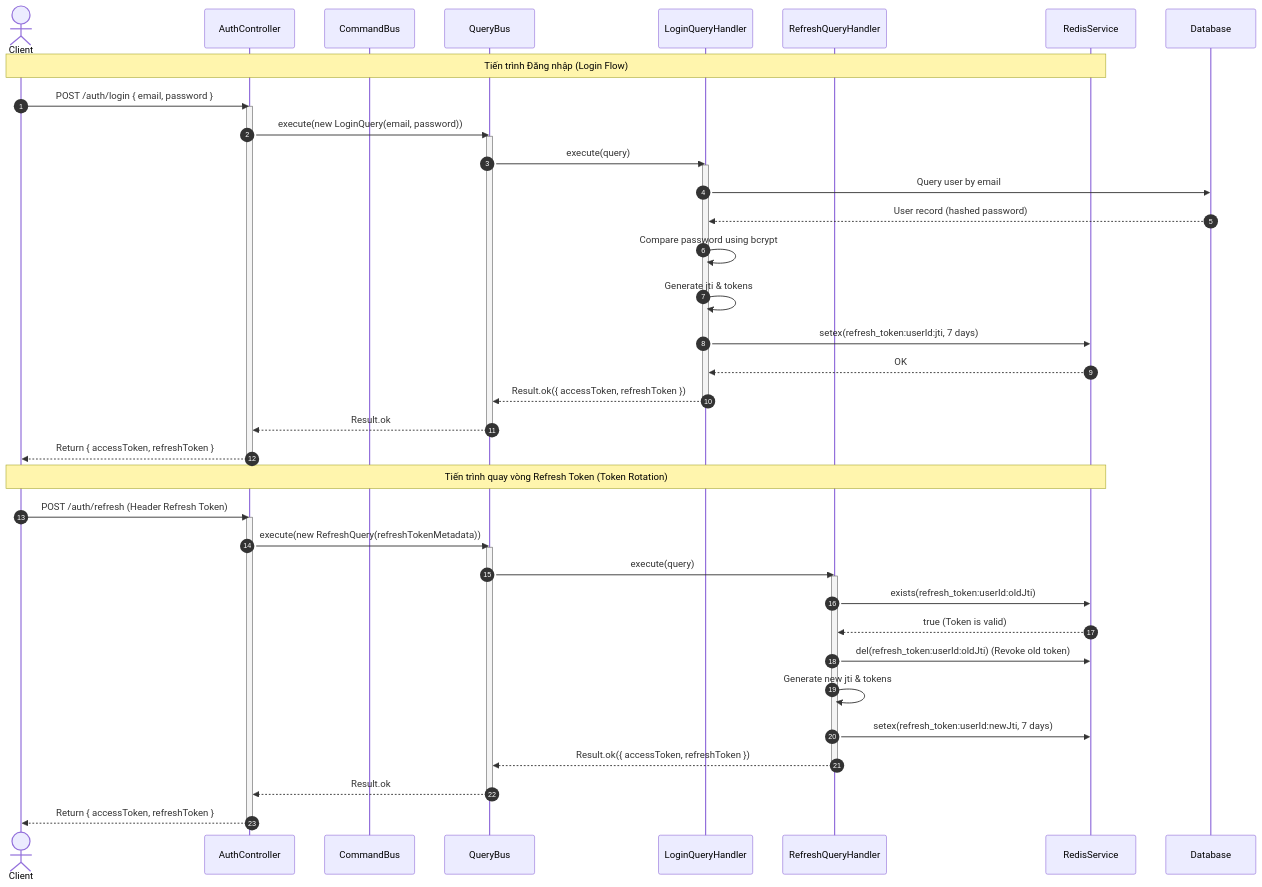
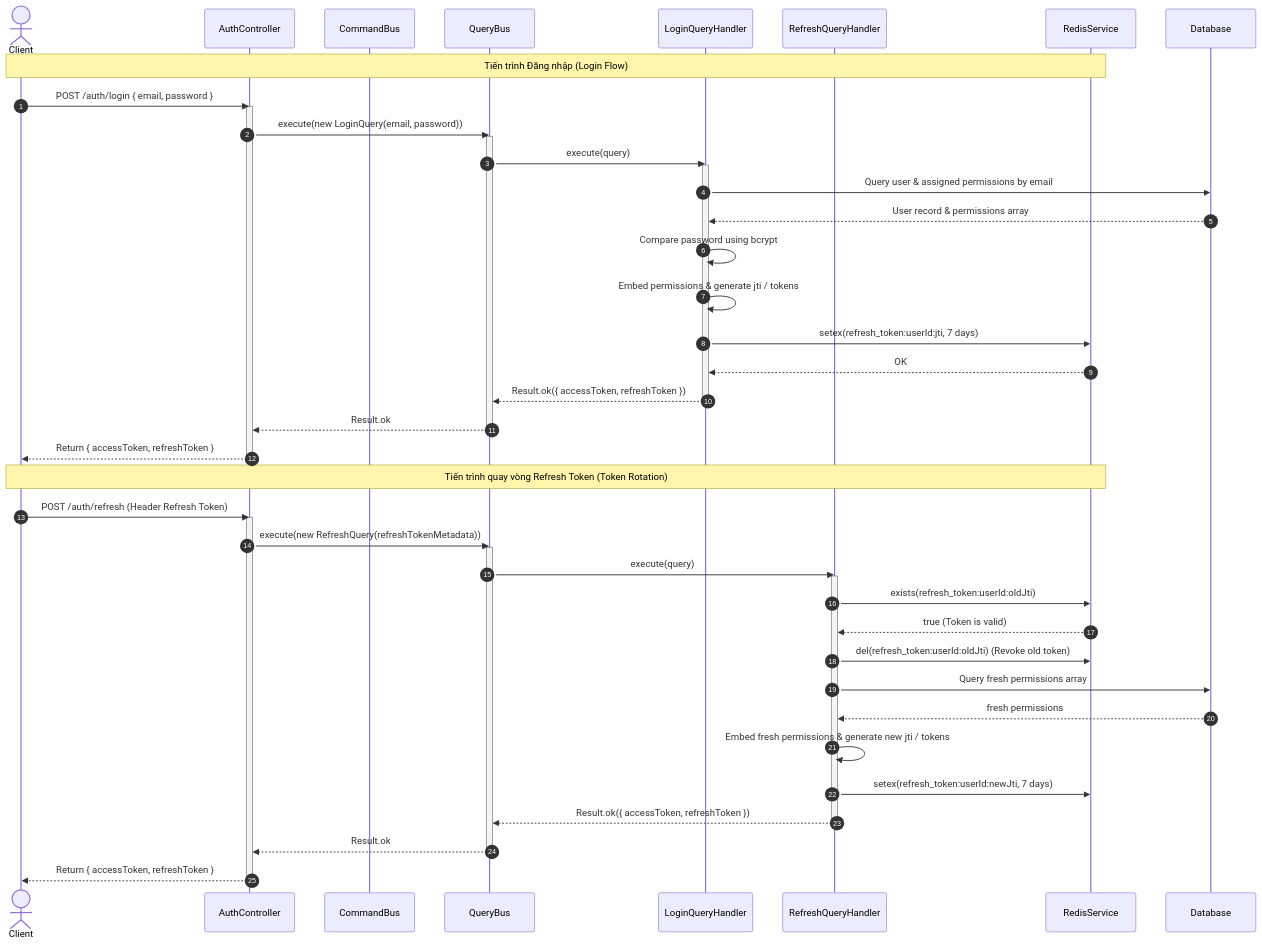
The diagram in apps/server/src/contexts/iam/auth/README.md (8eyond-Infinite/turborepo-advanced-starter), drawn with Mermaid before and after one commit. The commit also changed other lines of this file and 14 other files, not shown here.

````diff
--- a/apps/server/src/contexts/iam/auth/README.md
+++ b/apps/server/src/contexts/iam/auth/README.md
@@ -82,51 +74,53 @@
 ```mermaid
 sequenceDiagram
     autonumber
     actor Client
     participant AuthController
     participant CommandBus
     participant QueryBus
     participant LoginQueryHandler
     participant RefreshQueryHandler
     participant RedisService
     participant Database
 
     Note over Client, RedisService: Tiến trình Đăng nhập (Login Flow)
     Client->>AuthController: POST /auth/login { email, password }
     activate AuthController
     AuthController->>QueryBus: execute(new LoginQuery(email, password))
     activate QueryBus
     QueryBus->>LoginQueryHandler: execute(query)
     activate LoginQueryHandler
-    LoginQueryHandler->>Database: Query user by email
-    Database-->>LoginQueryHandler: User record (hashed password)
+    LoginQueryHandler->>Database: Query user & assigned permissions by email
+    Database-->>LoginQueryHandler: User record & permissions array
     LoginQueryHandler->>LoginQueryHandler: Compare password using bcrypt
-    LoginQueryHandler->>LoginQueryHandler: Generate jti & tokens
+    LoginQueryHandler->>LoginQueryHandler: Embed permissions & generate jti / tokens
     LoginQueryHandler->>RedisService: setex(refresh_token:userId:jti, 7 days)
     RedisService-->>LoginQueryHandler: OK
     LoginQueryHandler-->>QueryBus: Result.ok({ accessToken, refreshToken })
     deactivate LoginQueryHandler
     QueryBus-->>AuthController: Result.ok
     deactivate QueryBus
     AuthController-->>Client: Return { accessToken, refreshToken }
     deactivate AuthController
 
     Note over Client, RedisService: Tiến trình quay vòng Refresh Token (Token Rotation)
     Client->>AuthController: POST /auth/refresh (Header Refresh Token)
     activate AuthController
     AuthController->>QueryBus: execute(new RefreshQuery(refreshTokenMetadata))
     activate QueryBus
     QueryBus->>RefreshQueryHandler: execute(query)
     activate RefreshQueryHandler
     RefreshQueryHandler->>RedisService: exists(refresh_token:userId:oldJti)
     RedisService-->>RefreshQueryHandler: true (Token is valid)
     RefreshQueryHandler->>RedisService: del(refresh_token:userId:oldJti) (Revoke old token)
-    RefreshQueryHandler->>RefreshQueryHandler: Generate new jti & tokens
+    RefreshQueryHandler->>Database: Query fresh permissions array
+    Database-->>RefreshQueryHandler: fresh permissions
+    RefreshQueryHandler->>RefreshQueryHandler: Embed fresh permissions & generate new jti / tokens
     RefreshQueryHandler->>RedisService: setex(refresh_token:userId:newJti, 7 days)
     RefreshQueryHandler-->>QueryBus: Result.ok({ accessToken, refreshToken })
     deactivate RefreshQueryHandler
     QueryBus-->>AuthController: Result.ok
     deactivate QueryBus
     AuthController-->>Client: Return { accessToken, refreshToken }
     deactivate AuthController
 ```
````
